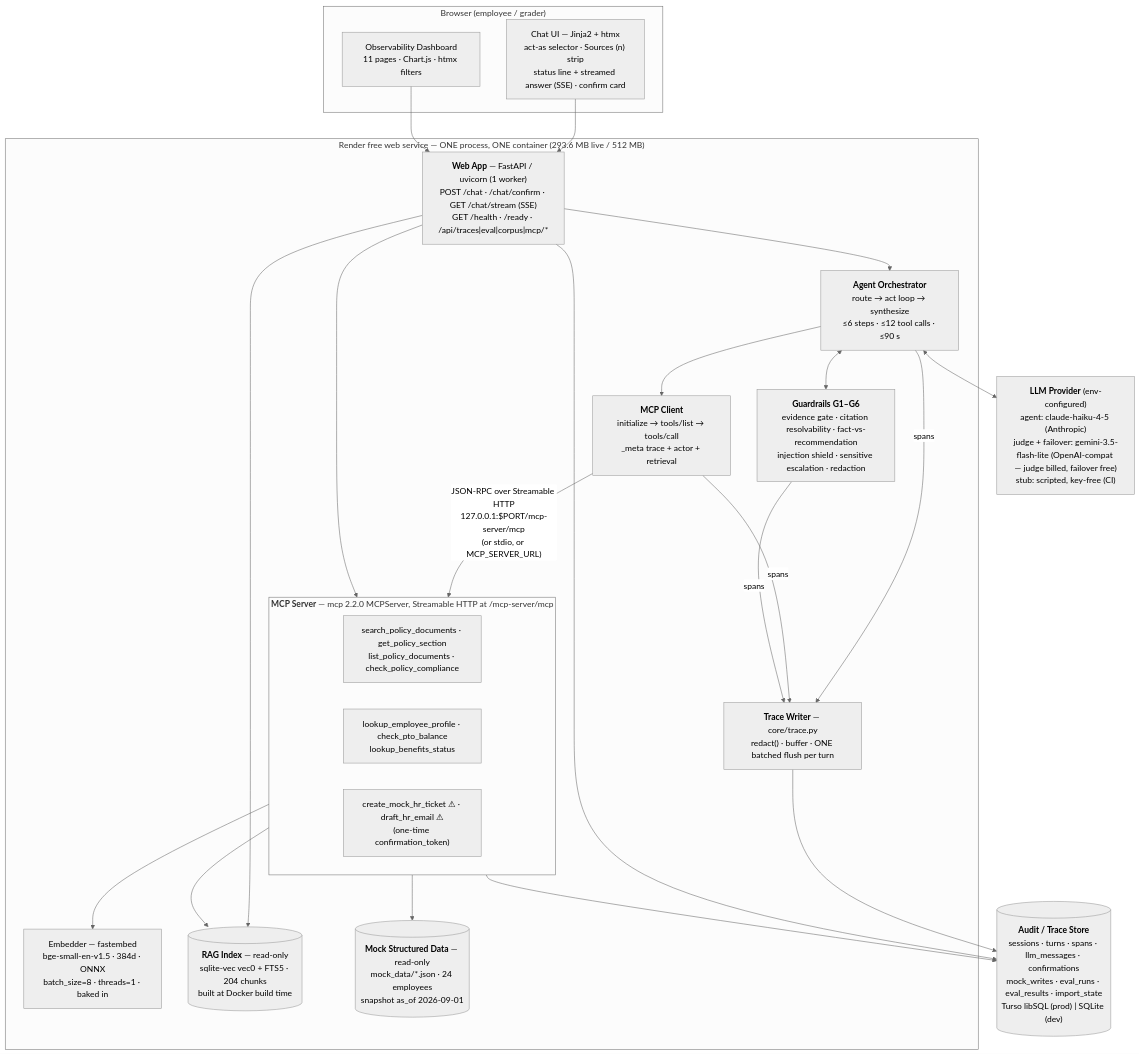
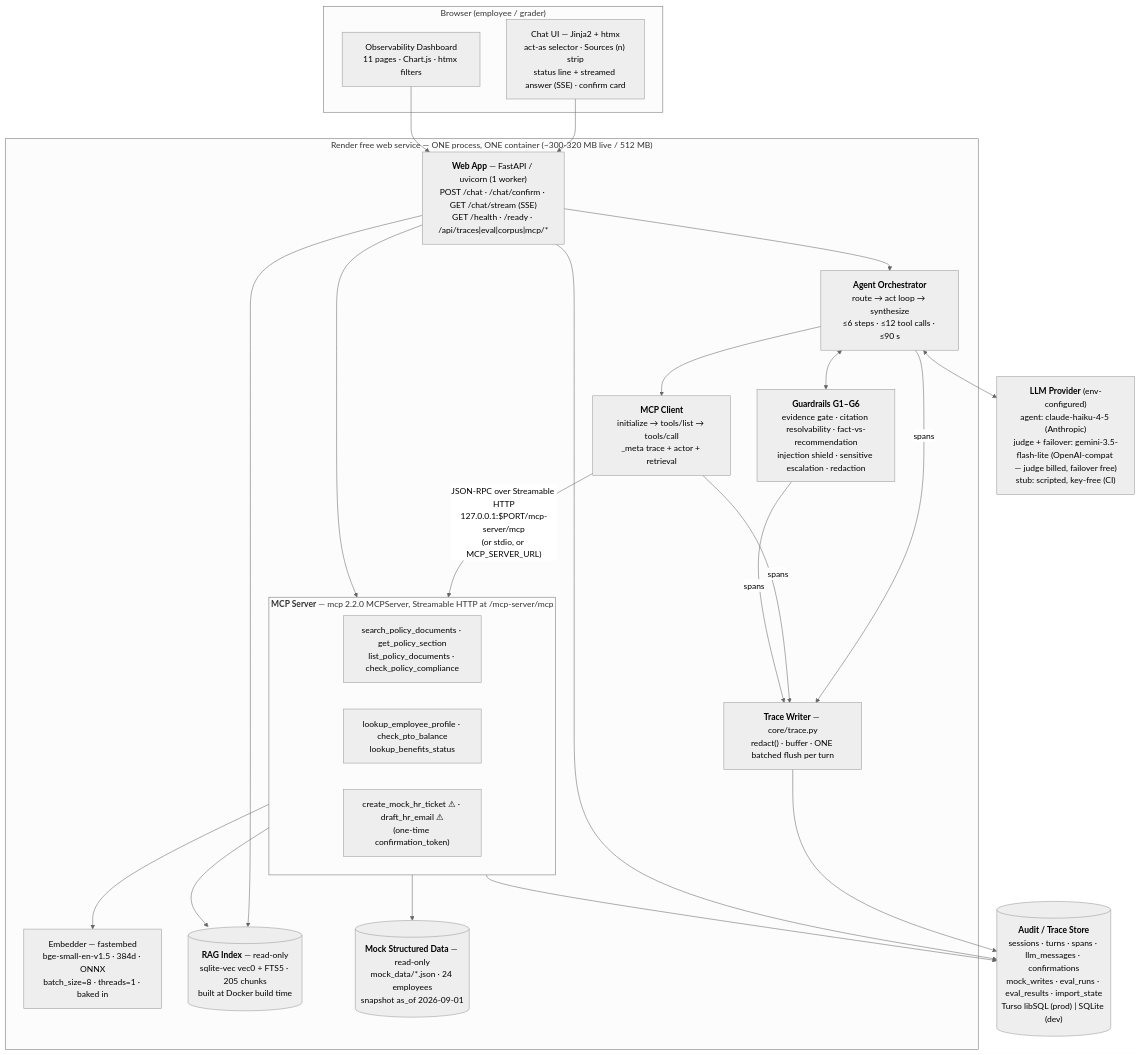
One commit to seantmalone/quantic-mosaic changed the diagram in design-and-evaluation.md. Above: the diagram before and after it, drawn with Mermaid (neutral theme). The commit also changed other lines of this file and 3 other files, not shown here.

````diff
--- a/design-and-evaluation.md
+++ b/design-and-evaluation.md
@@ -37,37 +65,37 @@
 ```mermaid
 flowchart TB
     subgraph browser["Browser (employee / grader)"]
         UI["Chat UI — Jinja2 + htmx<br/>act-as selector · Sources (n) strip<br/>status line + streamed answer (SSE) · confirm card"]
         DASH["Observability Dashboard<br/>11 pages · Chart.js · htmx filters"]
     end
-    subgraph render["Render free web service — ONE process, ONE container (293.6 MB live / 512 MB)"]
+    subgraph render["Render free web service — ONE process, ONE container (~300-320 MB live / 512 MB)"]
         WEB["<b>Web App</b> — FastAPI / uvicorn (1 worker)<br/>POST /chat · /chat/confirm · GET /chat/stream (SSE)<br/>GET /health · /ready · /api/traces|eval|corpus|mcp/*"]
         ORCH["<b>Agent Orchestrator</b><br/>route → act loop → synthesize<br/>≤6 steps · ≤12 tool calls · ≤90 s"]
         GUARD["<b>Guardrails G1–G6</b><br/>evidence gate · citation resolvability · fact-vs-recommendation<br/>injection shield · sensitive escalation · redaction"]
         MCPC["<b>MCP Client</b><br/>initialize → tools/list → tools/call<br/>_meta trace + actor + retrieval"]
         subgraph mcps["<b>MCP Server</b> — mcp 2.2.0 MCPServer, Streamable HTTP at /mcp-server/mcp"]
             direction LR
             T1["search_policy_documents · get_policy_section<br/>list_policy_documents · check_policy_compliance"]
             T2["lookup_employee_profile · check_pto_balance<br/>lookup_benefits_status"]
             T3["create_mock_hr_ticket ⚠ · draft_hr_email ⚠<br/>(one-time confirmation_token)"]
         end
         EMB["Embedder — fastembed<br/>bge-small-en-v1.5 · 384d · ONNX<br/>batch_size=8 · threads=1 · baked in"]
-        RAGIDX[("<b>RAG Index</b> — read-only<br/>sqlite-vec vec0 + FTS5 · 204 chunks<br/>built at Docker build time")]
+        RAGIDX[("<b>RAG Index</b> — read-only<br/>sqlite-vec vec0 + FTS5 · 205 chunks<br/>built at Docker build time")]
         MOCK[("<b>Mock Structured Data</b> — read-only<br/>mock_data/*.json · 24 employees<br/>snapshot as_of 2026-09-01")]
         TRACE["<b>Trace Writer</b> — core/trace.py<br/>redact() · buffer · ONE batched flush per turn"]
     end
     STORE[("<b>Audit / Trace Store</b><br/>sessions · turns · spans · llm_messages · confirmations<br/>mock_writes · eval_runs · eval_results · import_state<br/>Turso libSQL (prod) | SQLite (dev)")]
     LLM["<b>LLM Provider</b> (env-configured)<br/>agent: claude-haiku-4-5 (Anthropic)<br/>judge + failover: gemini-3.5-flash-lite (OpenAI-compat — judge billed, failover free)<br/>stub: scripted, key-free (CI)"]
     UI & DASH --> WEB
     WEB --> ORCH
     ORCH <--> GUARD
     ORCH --> MCPC
     MCPC -- "JSON-RPC over Streamable HTTP<br/>127.0.0.1:$PORT/mcp-server/mcp<br/>(or stdio, or MCP_SERVER_URL)" --> mcps
     T1 --> RAGIDX & EMB
     T2 --> MOCK
     T3 --> STORE
     ORCH <--> LLM
     ORCH & MCPC & GUARD -- spans --> TRACE
     TRACE --> STORE
     WEB --> STORE & mcps & RAGIDX
 ```
````
